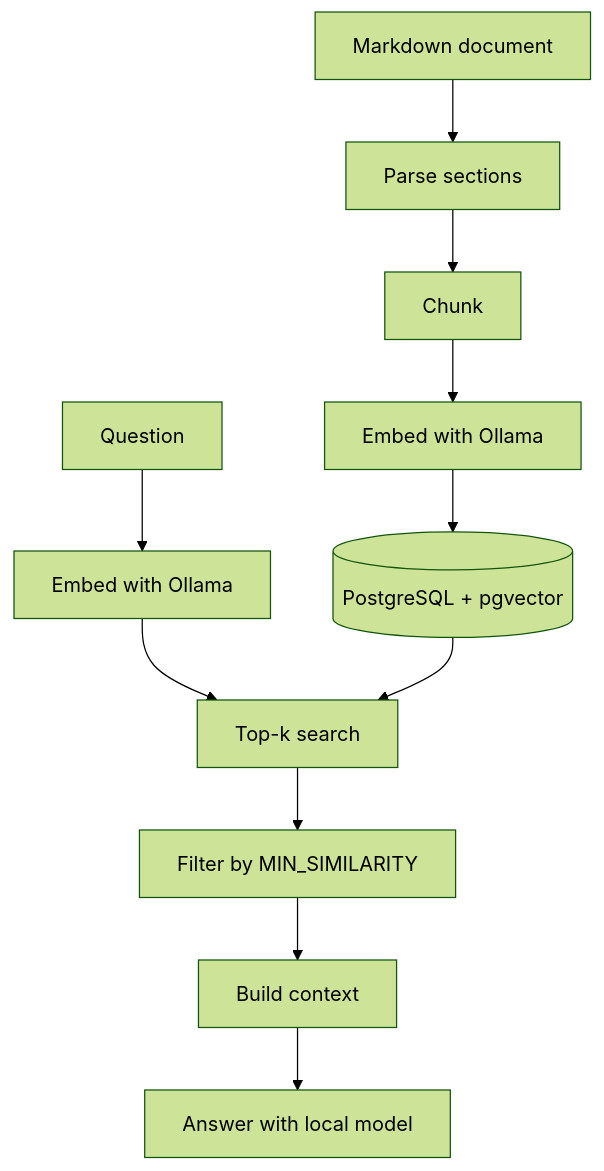
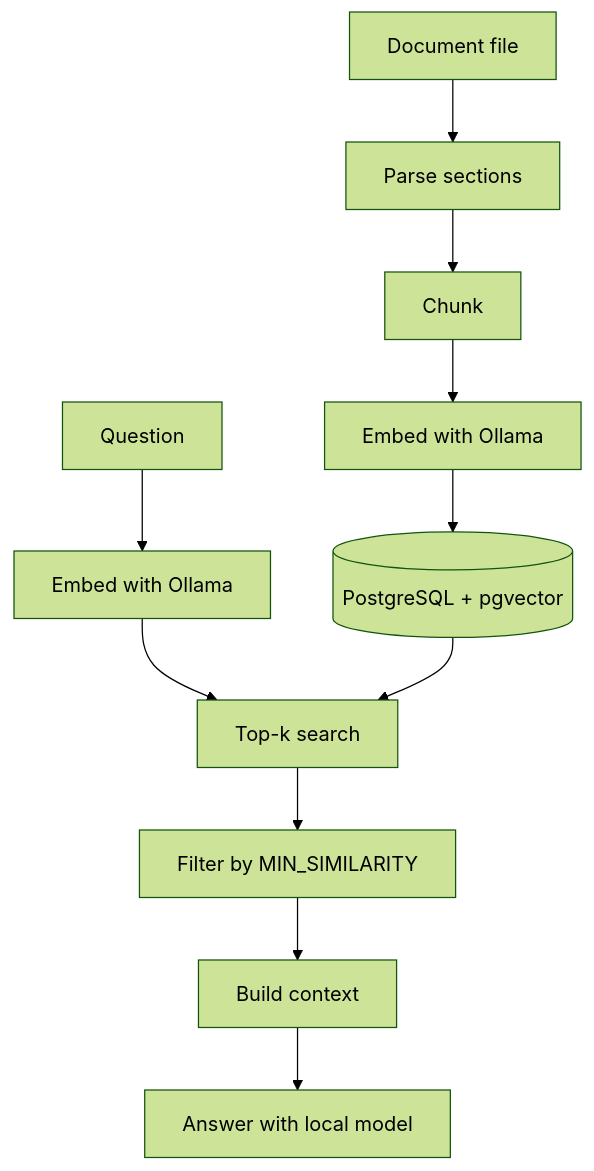
Before and after one commit to imhttran/rag-template: the diagram in README.md, drawn with Mermaid (forest theme). The commit also changed other lines of this file and 22 other files, not shown here.

First line of the commit message:
docs: reorganize docs into categories and add architecture overview

````diff
--- a/README.md
+++ b/README.md
@@ -20,13 +16,13 @@
 ```mermaid
 flowchart TD
-    doc[Markdown document] --> parse[Parse sections]
+    doc[Document file] --> parse[Parse sections]
     parse --> chunk[Chunk]
     chunk --> embed[Embed with Ollama]
     embed --> db[(PostgreSQL + pgvector)]
     q[Question] --> qembed[Embed with Ollama]
     qembed --> search[Top-k search]
     db --> search
     search --> filter[Filter by MIN_SIMILARITY]
     filter --> ctx[Build context]
     ctx --> answer[Answer with local model]
 ```
````
